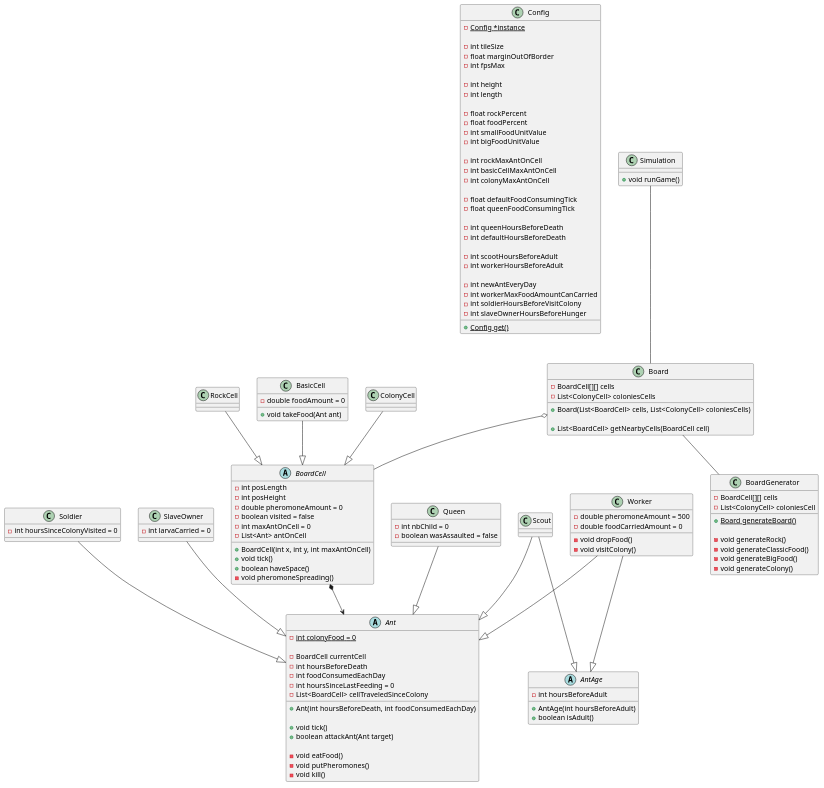
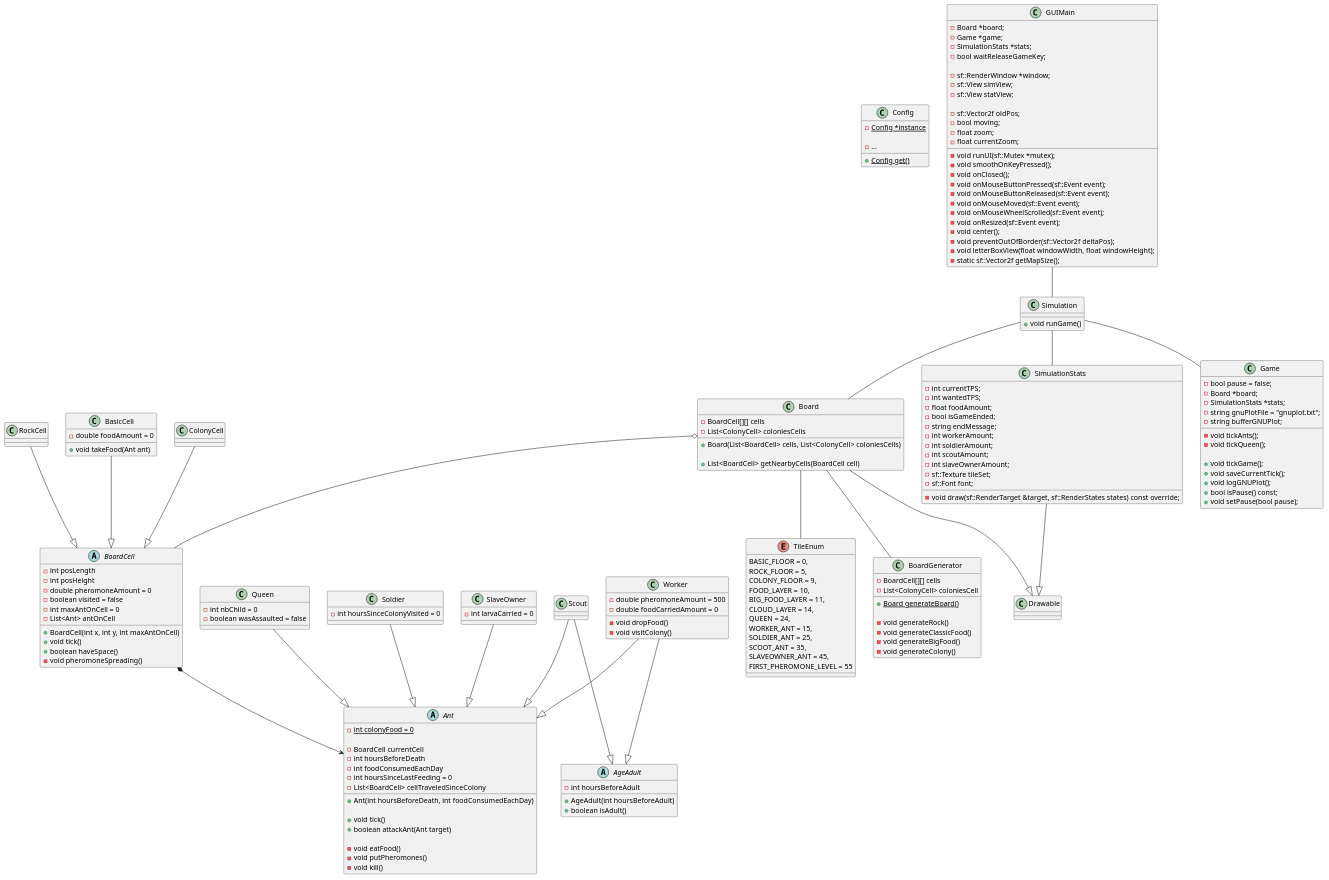
One commit to AntoninHuaut/aledlesfourmis changed the diagram in Doc/class_diagram.puml. Above: the diagram before and after it, drawn with PlantUML. The commit also changed 1 other file, not shown here.

Commit message:
Super diagram

```diff
--- a/Doc/class_diagram.puml
+++ b/Doc/class_diagram.puml
@@ -3,35 +3,7 @@
 class Config {
     - {static} Config *instance
 
-    - int tileSize
-    - float marginOutOfBorder
-    - int fpsMax
-
-    - int height
-    - int length
-
-    - float rockPercent
-    - float foodPercent
-    - int smallFoodUnitValue
-    - int bigFoodUnitValue
-
-    - int rockMaxAntOnCell
-    - int basicCellMaxAntOnCell
-    - int colonyMaxAntOnCell
-
-    - float defaultFoodConsumingTick
-    - float queenFoodConsumingTick
-
-    - int queenHoursBeforeDeath
-    - int defaultHoursBeforeDeath
-
-    - int scootHoursBeforeAdult
-    - int workerHoursBeforeAdult
-
-    - int newAntEveryDay
-    - int workerMaxFoodAmountCanCarried
-    - int soldierHoursBeforeVisitColony
-    - int slaveOwnerHoursBeforeHunger
+    - ...
 
     + {static} Config get()
 }
@@ -60,8 +32,8 @@
     - boolean wasAssaulted = false
 }
 
-abstract class AntAge {
-    + AntAge(int hoursBeforeAdult)
+abstract class AgeAdult {
+    + AgeAdult(int hoursBeforeAdult)
 
     - int hoursBeforeAdult
 
@@ -141,18 +113,104 @@
     + void runGame()
 }
 
+class GUIMain {
+    - Board *board;
+    - Game *game;
+    - SimulationStats *stats;
+    - bool waitReleaseGameKey;
+
+    - sf::RenderWindow *window;
+    - sf::View simView;
+    - sf::View statView;
+
+    - sf::Vector2f oldPos;
+    - bool moving;
+    - float zoom;
+    - float currentZoom;
+
+    - void runUI(sf::Mutex *mutex);
+    - void smoothOnKeyPressed();
+    - void onClosed();
+    - void onMouseButtonPressed(sf::Event event);
+    - void onMouseButtonReleased(sf::Event event);
+    - void onMouseMoved(sf::Event event);
+    - void onMouseWheelScrolled(sf::Event event);
+    - void onResized(sf::Event event);
+    - void center();
+    - void preventOutOfBorder(sf::Vector2f deltaPos);
+    - void letterBoxView(float windowWidth, float windowHeight);
+    - static sf::Vector2f getMapSize();
+}
+
+
+class Game {
+    - bool pause = false;
+    - Board *board;
+    - SimulationStats *stats;
+    - string gnuPlotFile = "gnuplot.txt";
+    - string bufferGNUPlot;
+
+    - void tickAnts();
+    - void tickQueen();
+
+    + void tickGame();
+    + void saveCurrentTick();
+    + void logGNUPlot();
+    + bool isPause() const;
+    + void setPause(bool pause);
+}
+
+class SimulationStats {
+    - int currentTPS;
+    - int wantedTPS;
+    - float foodAmount;
+    - bool isGameEnded;
+    - string endMessage;
+    - int workerAmount;
+    - int soldierAmount;
+    - int scoutAmount;
+    - int slaveOwnerAmount;
+    - sf::Texture tileSet;
+    - sf::Font font;
+
+    - void draw(sf::RenderTarget &target, sf::RenderStates states) const override;
+}
+
+enum TileEnum {
+    BASIC_FLOOR = 0,
+    ROCK_FLOOR = 5,
+    COLONY_FLOOR = 9,
+    FOOD_LAYER = 10,
+    BIG_FOOD_LAYER = 11,
+    CLOUD_LAYER = 14,
+    QUEEN = 24,
+    WORKER_ANT = 15,
+    SOLDIER_ANT = 25,
+    SCOOT_ANT = 35,
+    SLAVEOWNER_ANT = 45,
+    FIRST_PHEROMONE_LEVEL = 55
+}
+
+
 RockCell --|> BoardCell
 BasicCell --|> BoardCell
 ColonyCell --|> BoardCell
 
+Board --|> Drawable
+SimulationStats --|> Drawable
+
+Simulation -- SimulationStats
+Simulation -- Game
 Simulation -- Board
+GUIMain -- Simulation
 Board -- BoardGenerator
 Board o-- BoardCell
+Board -- TileEnum
 
 BoardCell *--> Ant
 
-Worker --|> AntAge
-Scout --|> AntAge
+Worker --|> AgeAdult
+Scout --|> AgeAdult
 
 Worker --|> Ant
 Scout --|> Ant
```
